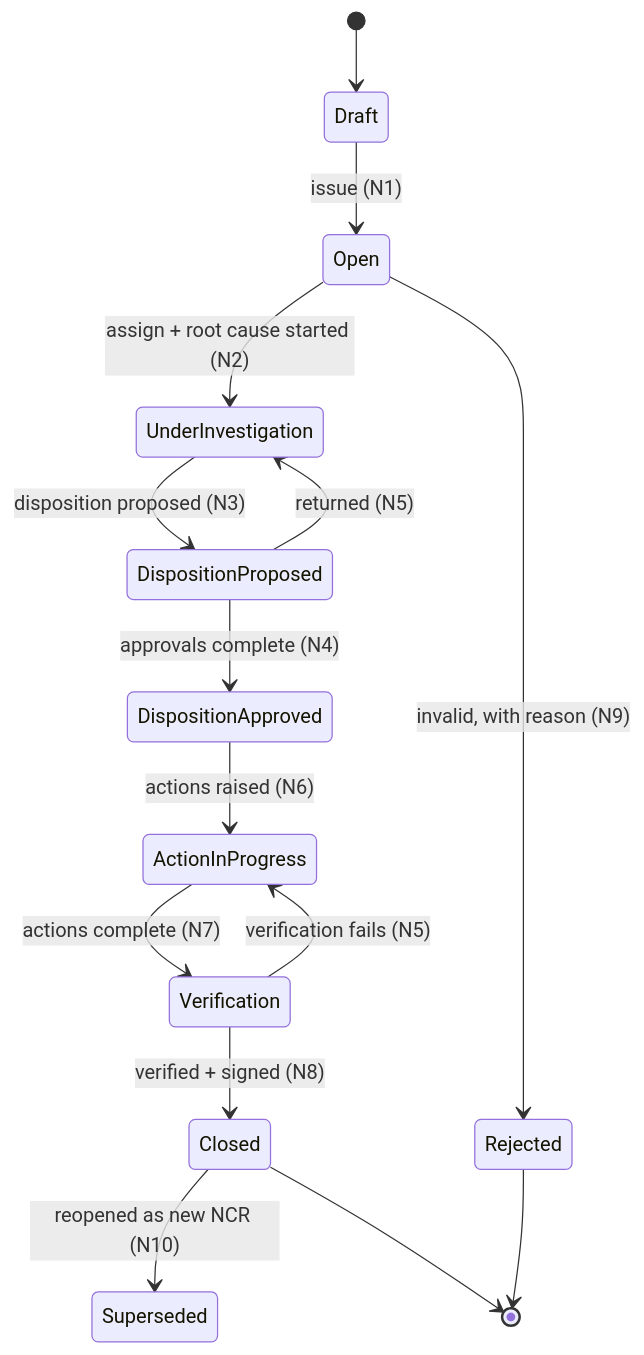
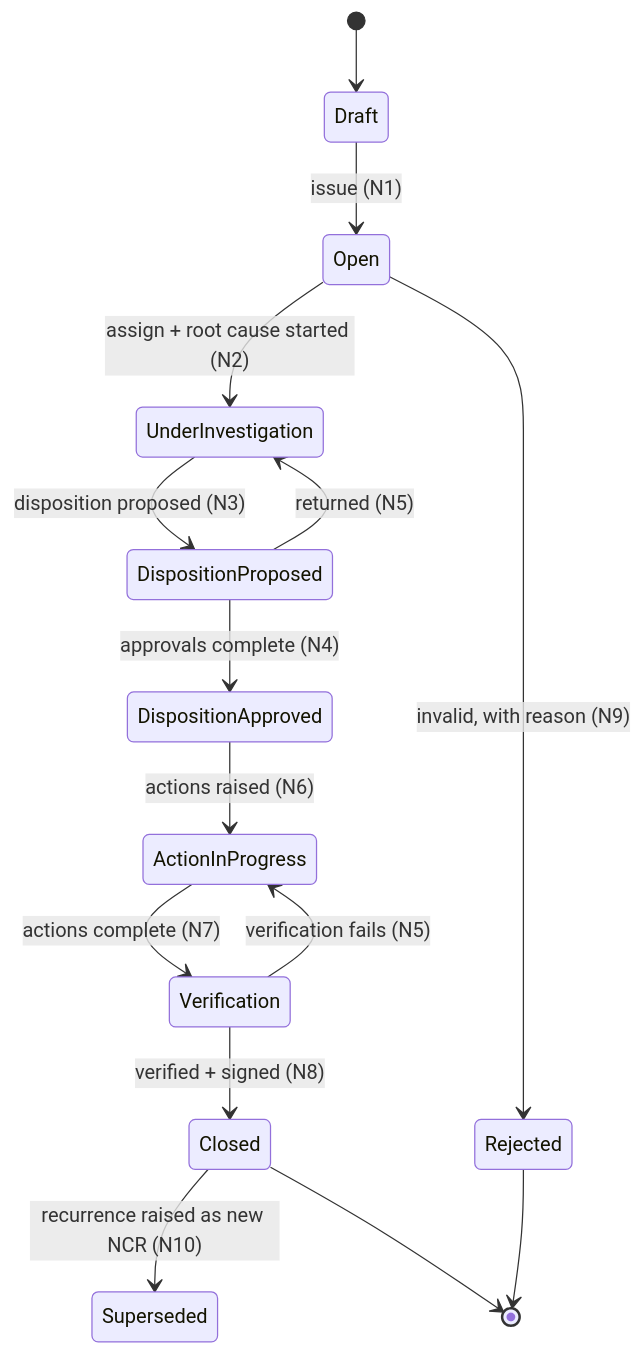
The fourth of 7 diagrams in docs/02-state-machines.md (c69wrywn96-cmd/lotline), drawn with Mermaid before and after one commit. The commit also changed other lines of this file and 7 other files, not shown here.

````diff
--- a/docs/02-state-machines.md
+++ b/docs/02-state-machines.md
@@ -226,17 +415,17 @@
 ```mermaid
 stateDiagram-v2
     [*] --> Draft
     Draft --> Open : issue (N1)
     Open --> UnderInvestigation : assign + root cause started (N2)
     UnderInvestigation --> DispositionProposed : disposition proposed (N3)
     DispositionProposed --> DispositionApproved : approvals complete (N4)
     DispositionProposed --> UnderInvestigation : returned (N5)
     DispositionApproved --> ActionInProgress : actions raised (N6)
     ActionInProgress --> Verification : actions complete (N7)
     Verification --> Closed : verified + signed (N8)
     Verification --> ActionInProgress : verification fails (N5)
     Open --> Rejected : invalid, with reason (N9)
-    Closed --> Superseded : reopened as new NCR (N10)
+    Closed --> Superseded : recurrence raised as new NCR (N10)
     Closed --> [*]
     Rejected --> [*]
 ```
````
